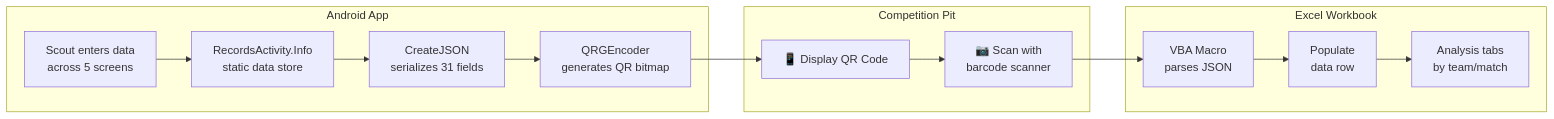
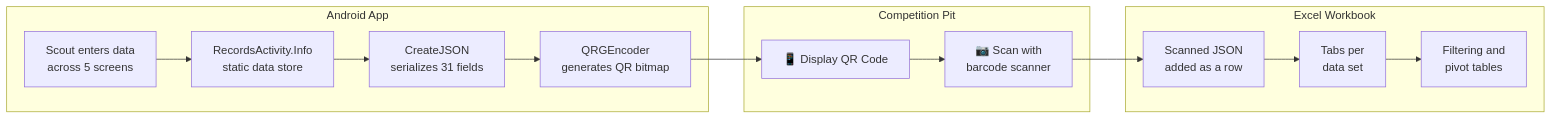
Before and after one commit to aamir-frc-scouting/frc-scouting-app-2023: the diagram in README.md, drawn with Mermaid. The commit also changed other lines of this file, not shown here.

````diff
--- a/README.md
+++ b/README.md
@@ -69,19 +69,19 @@
 ```mermaid
 flowchart LR
     subgraph Android App
         A[Scout enters data<br/>across 5 screens] --> B[RecordsActivity.Info<br/>static data store]
         B --> C[CreateJSON<br/>serializes 31 fields]
         C --> D[QRGEncoder<br/>generates QR bitmap]
     end
     
     subgraph Competition Pit
         D --> E[📱 Display QR Code]
         E --> F[📷 Scan with<br/>barcode scanner]
     end
     
     subgraph Excel Workbook
-        F --> G[VBA Macro<br/>parses JSON]
-        G --> H[Populate<br/>data row]
-        H --> I[Analysis tabs<br/>by team/match]
+        F --> G[Scanned JSON<br/>added as a row]
+        G --> H[Tabs per<br/>data set]
+        H --> I[Filtering and<br/>pivot tables]
     end
 ```
````
